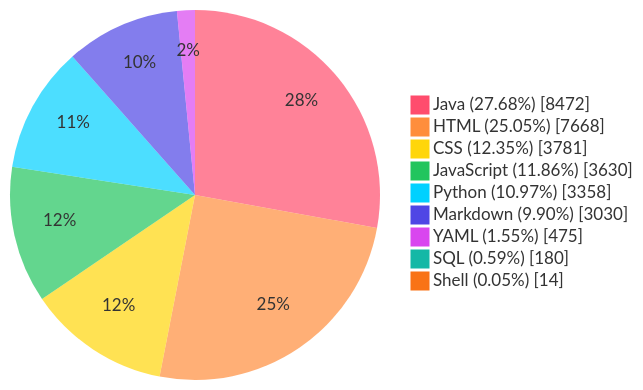
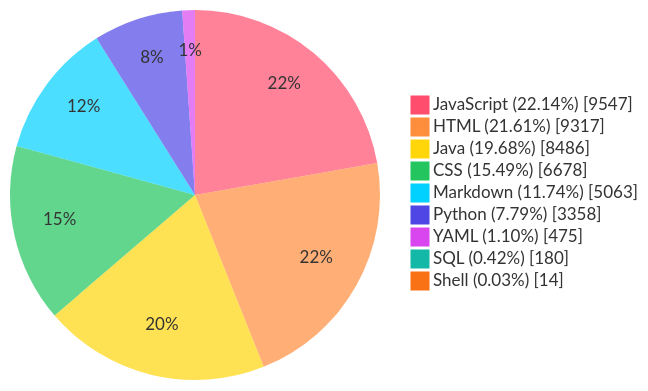
One commit to TheBadRoger/BUCT-Teaching-Aids changed the diagram in README.md. Above: the diagram before and after it, drawn with Mermaid. The commit also changed other lines of this file and 2 other files, not shown here.

Commit message:
chore(stats): auto update README metrics

````diff
--- a/README.md
+++ b/README.md
@@ -40,28 +40,28 @@
 ```mermaid
 %%{init: {'theme':'base','themeVariables': {
   'fontFamily': 'Fira Code, JetBrains Mono, Source Code Pro, Cascadia Code, Menlo, Consolas, monospace',
   'pieStrokeColor': 'transparent',
   'pieStrokeWidth': '0px',
   'pieOuterStrokeWidth': '0px',
   'pie1': '#FF4D6D',
   'pie2': '#FF8E3C',
   'pie3': '#FFD60A',
   'pie4': '#22C55E',
   'pie5': '#00D1FF',
   'pie6': '#4F46E5',
   'pie7': '#D946EF',
   'pie8': '#14B8A6',
   'pie9': '#F97316',
   'pie10': '#A855F7'
 }}}%%
 pie showData
-    "Java (27.68%)" : 8472
-    "HTML (25.05%)" : 7668
-    "CSS (12.35%)" : 3781
-    "JavaScript (11.86%)" : 3630
-    "Python (10.97%)" : 3358
-    "Markdown (9.90%)" : 3030
-    "YAML (1.55%)" : 475
-    "SQL (0.59%)" : 180
-    "Shell (0.05%)" : 14
+    "JavaScript (22.14%)" : 9547
+    "HTML (21.61%)" : 9317
+    "Java (19.68%)" : 8486
+    "CSS (15.49%)" : 6678
+    "Markdown (11.74%)" : 5063
+    "Python (7.79%)" : 3358
+    "YAML (1.10%)" : 475
+    "SQL (0.42%)" : 180
+    "Shell (0.03%)" : 14
 ```
````
